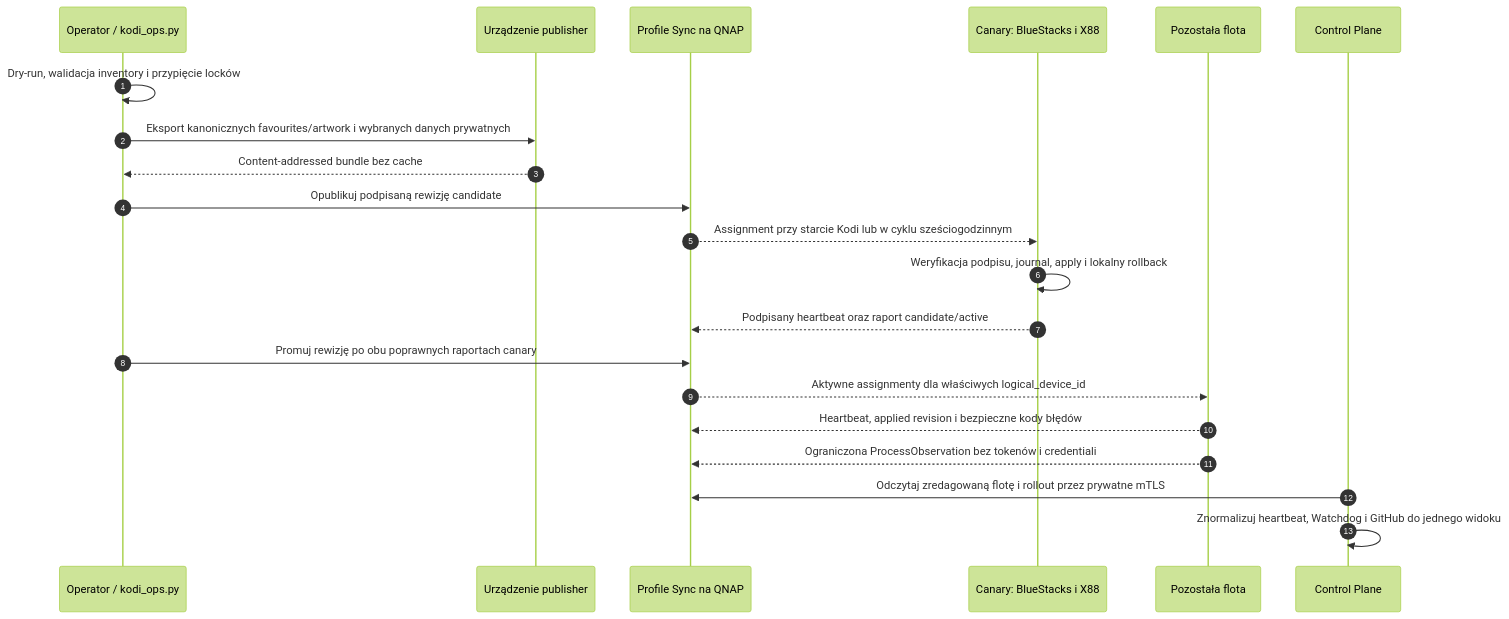
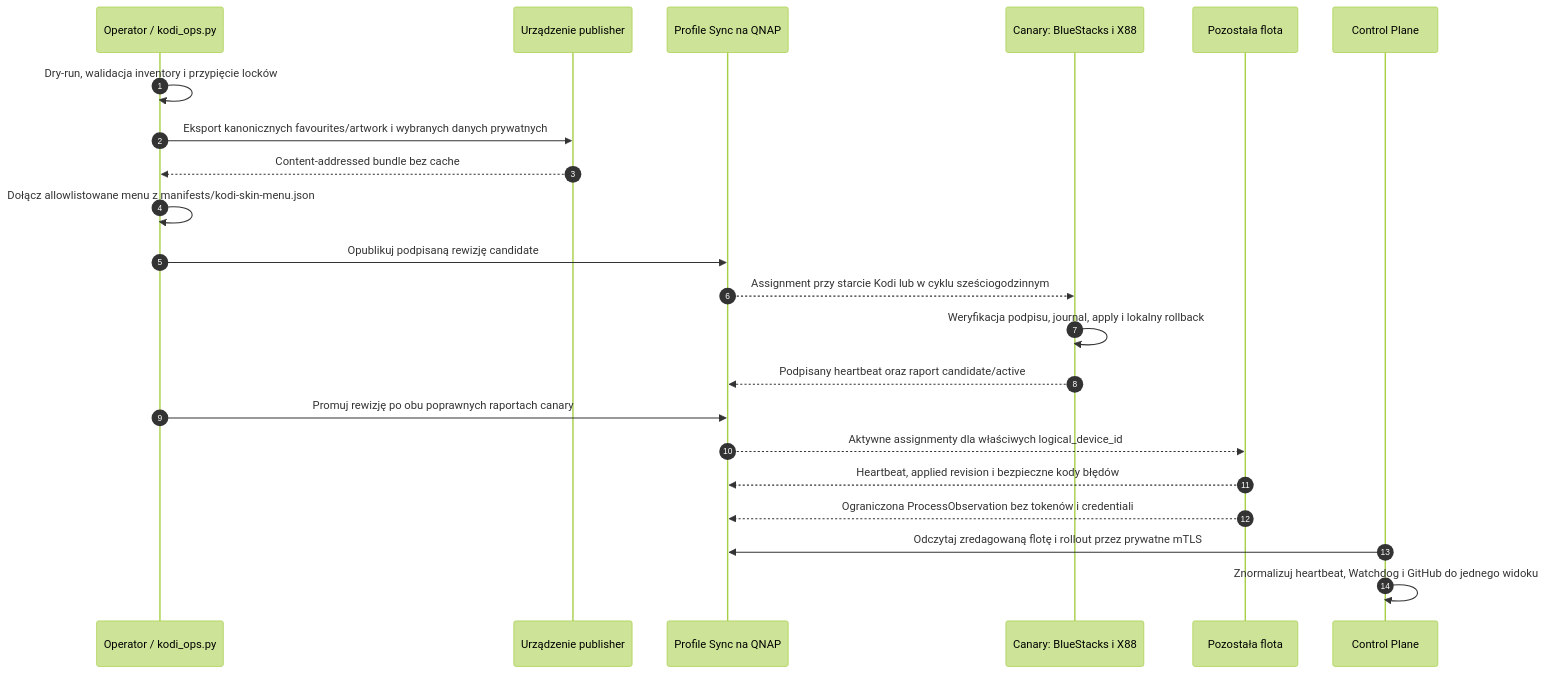
One commit to mwoDevelop/kodi changed the fourth of 5 diagrams in docs/architecture.md. Above: the diagram before and after it, drawn with Mermaid (forest theme). The commit also changed other lines of this file and 20 other files, not shown here.

````diff
--- a/docs/architecture.md
+++ b/docs/architecture.md
@@ -291,24 +291,25 @@
 ```mermaid
 sequenceDiagram
   autonumber
   participant O as Operator / kodi_ops.py
   participant Pub as Urządzenie publisher
   participant B as Profile Sync na QNAP
   participant C as Canary: BlueStacks i X88
   participant F as Pozostała flota
   participant CP as Control Plane
 
   O->>O: Dry-run, walidacja inventory i przypięcie locków
   O->>Pub: Eksport kanonicznych favourites/artwork i wybranych danych prywatnych
   Pub-->>O: Content-addressed bundle bez cache
+  O->>O: Dołącz allowlistowane menu z manifests/kodi-skin-menu.json
   O->>B: Opublikuj podpisaną rewizję candidate
   B-->>C: Assignment przy starcie Kodi lub w cyklu sześciogodzinnym
   C->>C: Weryfikacja podpisu, journal, apply i lokalny rollback
   C-->>B: Podpisany heartbeat oraz raport candidate/active
   O->>B: Promuj rewizję po obu poprawnych raportach canary
   B-->>F: Aktywne assignmenty dla właściwych logical_device_id
   F-->>B: Heartbeat, applied revision i bezpieczne kody błędów
   F-->>B: Ograniczona ProcessObservation bez tokenów i credentiali
   CP->>B: Odczytaj zredagowaną flotę i rollout przez prywatne mTLS
   CP->>CP: Znormalizuj heartbeat, Watchdog i GitHub do jednego widoku
 ```
````
